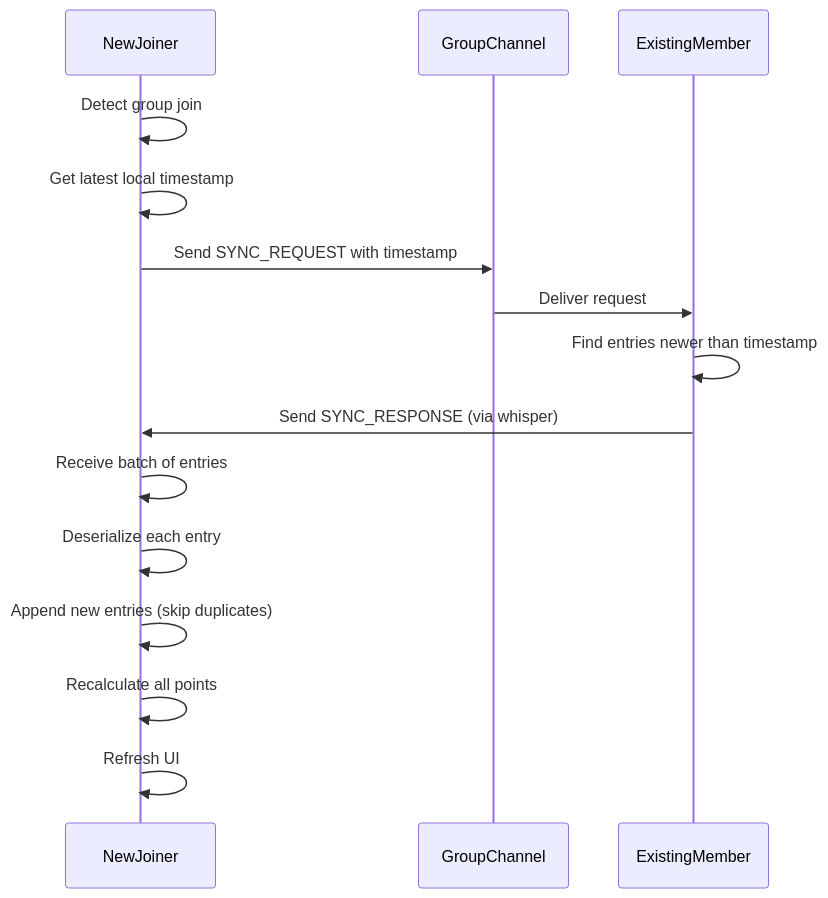
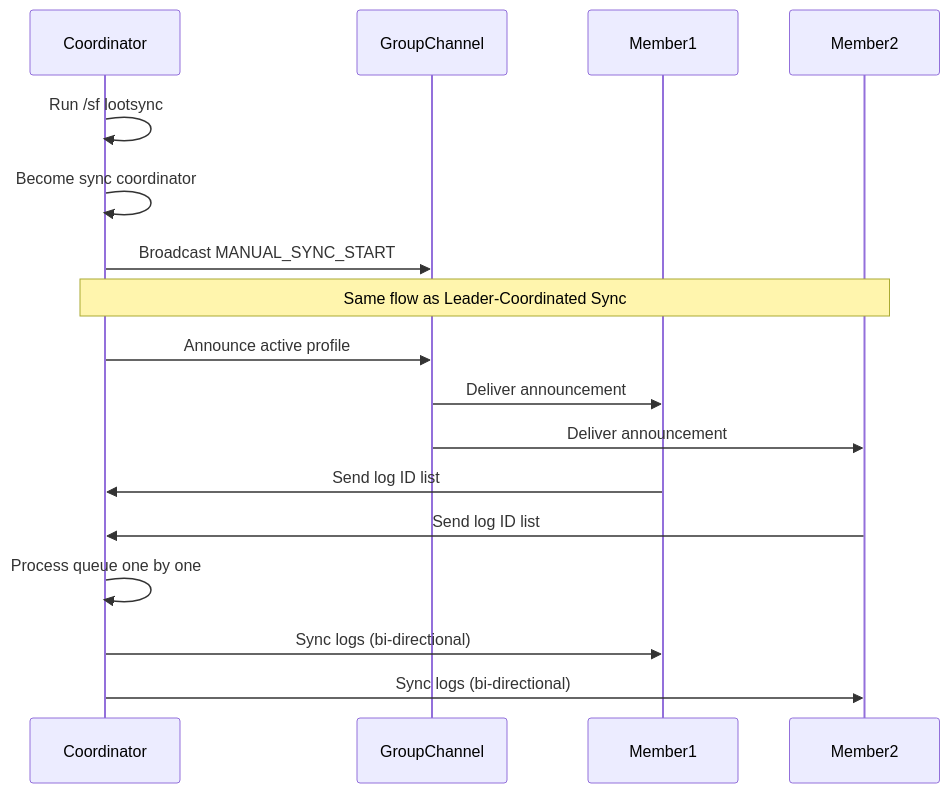
One commit to OsulivanAB/SpectrumFederation changed the third of 3 diagrams in docs/loot-sync.md. Above: the diagram before and after it, drawn with Mermaid. The commit also changed other lines of this file and 11 other files, not shown here.

````diff
--- a/docs/loot-sync.md
+++ b/docs/loot-sync.md
@@ -110,20 +225,24 @@
 ```mermaid
 sequenceDiagram
-    participant NewJoiner
+    participant Coordinator
     participant GroupChannel
-    participant ExistingMember
+    participant Member1
+    participant Member2
 
-    NewJoiner->>NewJoiner: Detect group join
-    NewJoiner->>NewJoiner: Get latest local timestamp
-    NewJoiner->>GroupChannel: Send SYNC_REQUEST with timestamp
-    GroupChannel->>ExistingMember: Deliver request
+    Coordinator->>Coordinator: Run /sf lootsync
+    Coordinator->>Coordinator: Become sync coordinator
+    Coordinator->>GroupChannel: Broadcast MANUAL_SYNC_START
     
-    ExistingMember->>ExistingMember: Find entries newer than timestamp
-    ExistingMember->>NewJoiner: Send SYNC_RESPONSE (via whisper)
+    Note over Coordinator,Member2: Same flow as Leader-Coordinated Sync
     
-    NewJoiner->>NewJoiner: Receive batch of entries
-    NewJoiner->>NewJoiner: Deserialize each entry
-    NewJoiner->>NewJoiner: Append new entries (skip duplicates)
-    NewJoiner->>NewJoiner: Recalculate all points
-    NewJoiner->>NewJoiner: Refresh UI
+    Coordinator->>GroupChannel: Announce active profile
+    GroupChannel->>Member1: Deliver announcement
+    GroupChannel->>Member2: Deliver announcement
+    
+    Member1->>Coordinator: Send log ID list
+    Member2->>Coordinator: Send log ID list
+    
+    Coordinator->>Coordinator: Process queue one by one
+    Coordinator->>Member1: Sync logs (bi-directional)
+    Coordinator->>Member2: Sync logs (bi-directional)
 ```
````
